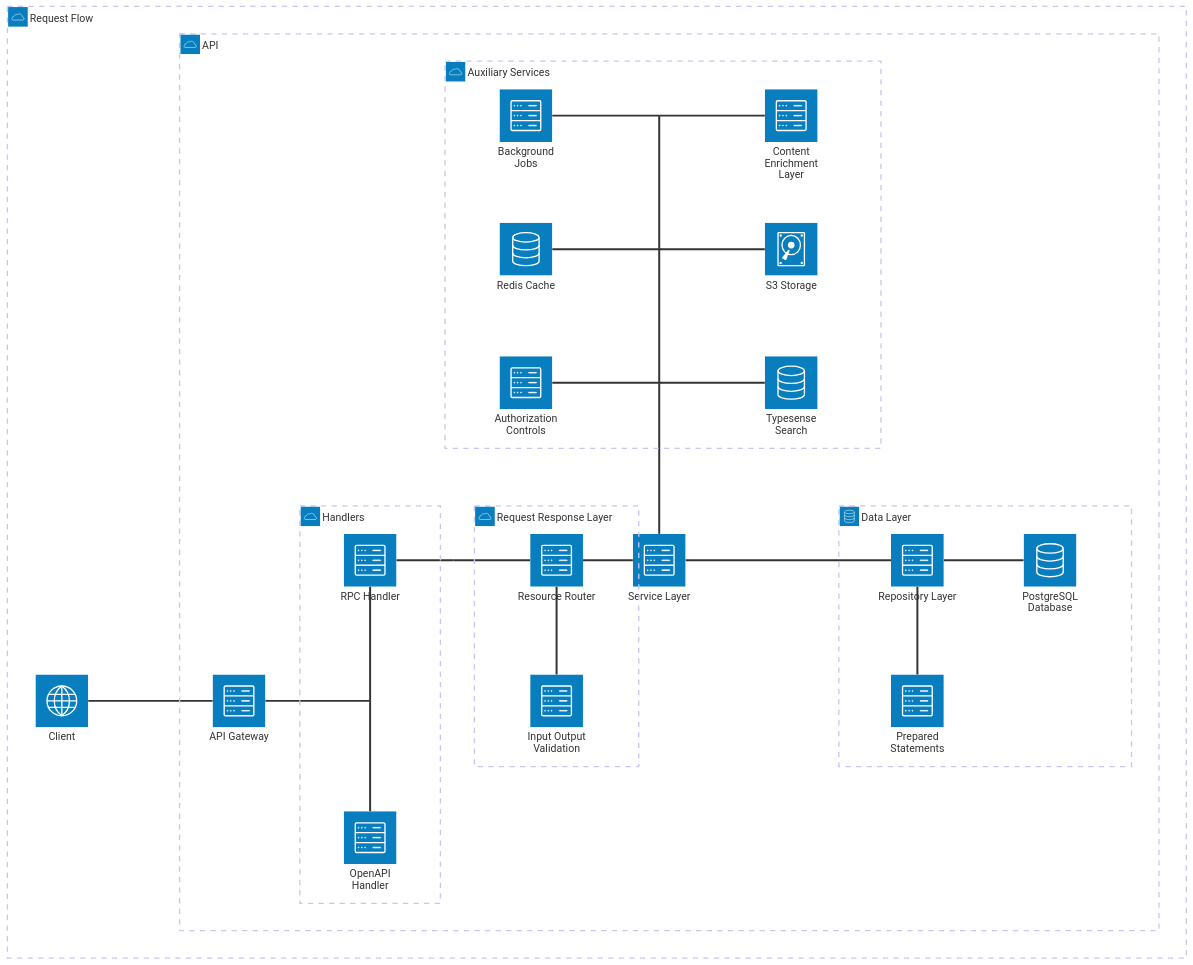
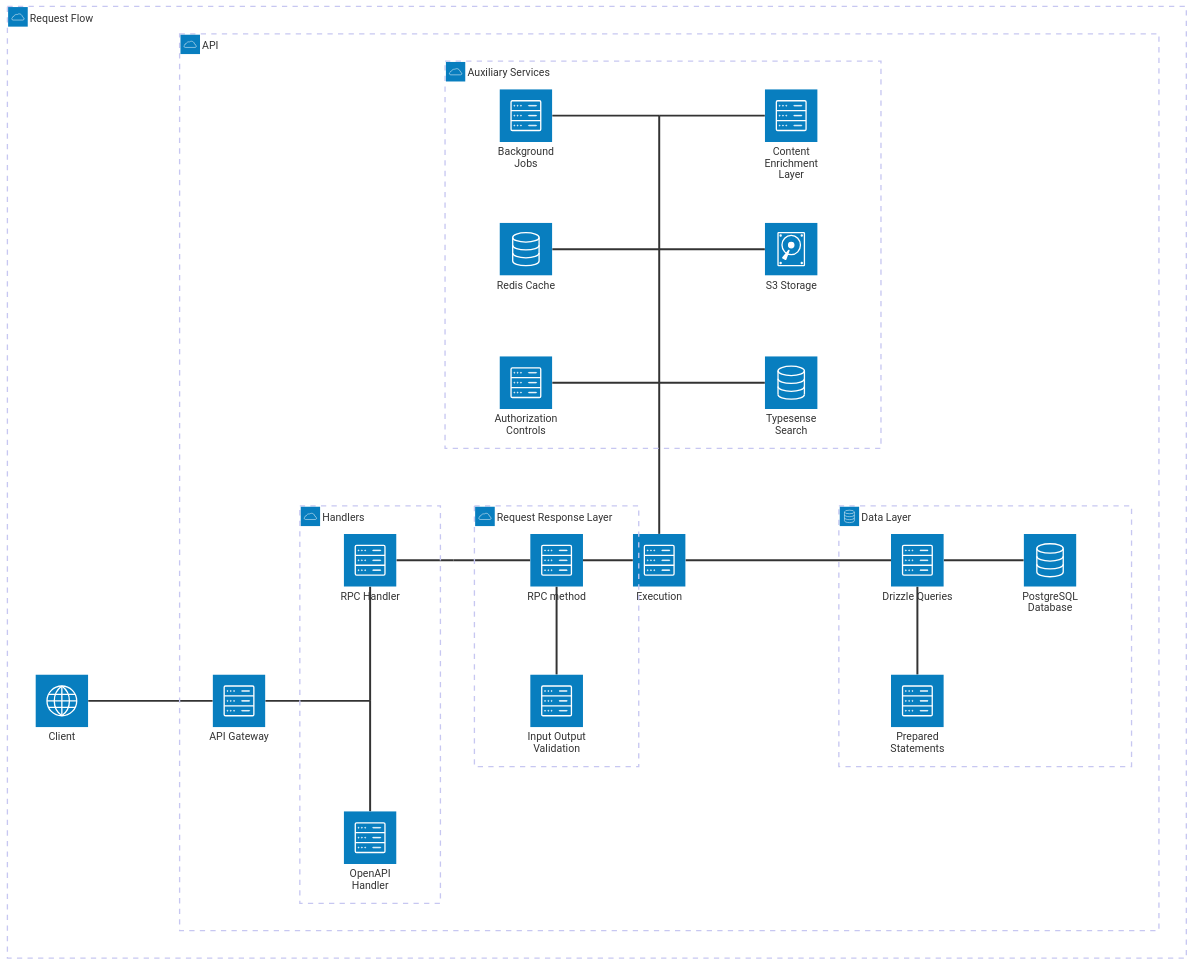
One commit to mertturkmenoglu/wanderlust changed the second of 3 diagrams in docs/architecture.md. Above: the diagram before and after it, drawn with Mermaid. The commit also changed other lines of this file, not shown here.

Commit message:
update architecture docs

````diff
--- a/docs/architecture.md
+++ b/docs/architecture.md
@@ -25,70 +70,70 @@
 ```mermaid
 architecture-beta
 	group all(cloud)[Request Flow]
 
 	service client(internet)[Client] in all
 
 	group api(cloud)[API] in all
 
 	service gateway(server)[API Gateway] in api
 	junction split in handlers
 
 	group handlers(cloud)[Handlers] in api
 
 	group reqres(cloud)[Request Response Layer] in api
 
 	service rpc(server)[RPC Handler] in handlers
 	service openapi(server)[OpenAPI Handler] in handlers
 
 	junction join in api
-	service router(server)[Resource Router] in reqres
+	service router(server)[RPC method] in reqres
 	service validation(server)[Input Output Validation] in reqres
-	service svc(server)[Service Layer] in api
+	service svc(server)[Execution] in api
 
 	group svcaux(cloud)[Auxiliary Services] in api
 
 	service authz(server)[Authorization Controls] in svcaux
 	service cache(database)[Redis Cache] in svcaux
 	service search(database)[Typesense Search] in svcaux
 	service storage(disk)[S3 Storage] in svcaux
 	service jobs(server)[Background Jobs] in svcaux
 	service enricher(server)[Content Enrichment Layer] in svcaux
 	junction svcjoin1 in svcaux
 	junction svcjoin2 in svcaux
 	junction svcjoin3 in svcaux
 
 	group datalayer(database)[Data Layer] in api
 
-	service repo(server)[Repository Layer] in datalayer
+	service repo(server)[Drizzle Queries] in datalayer
 	service statements(server)[Prepared Statements] in datalayer
 	service pg(database)[PostgreSQL Database] in datalayer
 
 	client:R -- L:gateway
 	gateway:R -- L:split
 
 	split:T -- B:rpc
 	split:B -- T:openapi
 
 	rpc:R -- L:join
 
 	join:R -- L:router
 	validation:T -- B:router
 	router:R -- L:svc
 	svc:R -- L:repo
 	repo:R -- L:pg
 	statements:T -- B:repo
 
 	authz:R -- L:svcjoin1
 	search:L -- R:svcjoin1
 
 	cache:R -- L:svcjoin2
 	storage:L -- R:svcjoin2
 
 	jobs:R -- L:svcjoin3
 	enricher:L -- R:svcjoin3
 
 	svcjoin1:B -- T:svc
 	svcjoin2:B -- T:svcjoin1
 	svcjoin3:B -- T:svcjoin2
 
 ```
````
